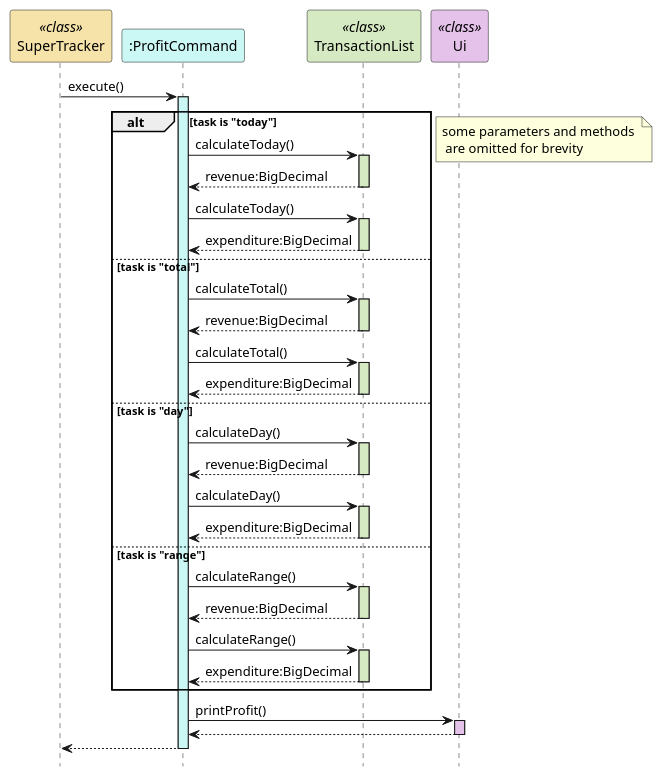
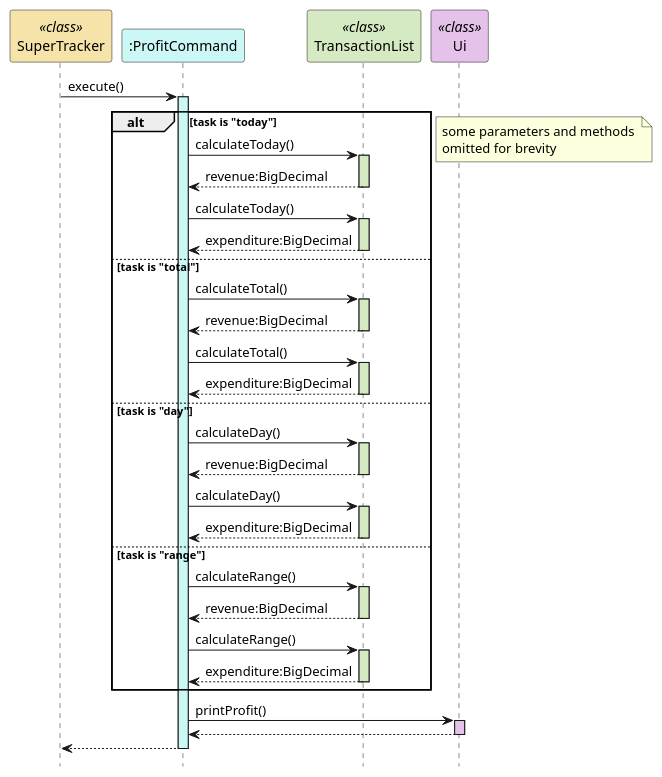
One commit to rismm/tp changed the second of 2 diagrams in docs/uml-diagrams/ProfitCommand.puml. Above: the diagram before and after it, drawn with PlantUML. The commit also changed 1 other file, not shown here.

Commit message:
Fix sequence diagram for profit command

```diff
--- a/docs/uml-diagrams/ProfitCommand.puml
+++ b/docs/uml-diagrams/ProfitCommand.puml
@@ -50,61 +50,61 @@
 @startuml
 hide footbox
 participant "SuperTracker" as SuperTracker <<class>> #f5e3a9
 participant ":ProfitCommand" as ProfitCommand #cbf7f4
 participant "TransactionList" as TransactionList <<class>> #d5eac2
 participant "Ui" as Ui <<class>> #e5c2ea
 
 SuperTracker -> ProfitCommand : execute()
 activate ProfitCommand #cbf7f4
 alt task is "today"
     ProfitCommand -> TransactionList : calculateToday()
     activate TransactionList #d5eac2
     TransactionList --> ProfitCommand : revenue:BigDecimal
     deactivate TransactionList
     ProfitCommand -> TransactionList : calculateToday()
     activate TransactionList #d5eac2
     TransactionList --> ProfitCommand : expenditure:BigDecimal
     deactivate TransactionList
 
 else task is "total"
     ProfitCommand -> TransactionList : calculateTotal()
     activate TransactionList #d5eac2
     TransactionList --> ProfitCommand : revenue:BigDecimal
     deactivate TransactionList
     ProfitCommand -> TransactionList : calculateTotal()
     activate TransactionList #d5eac2
     TransactionList --> ProfitCommand : expenditure:BigDecimal
     deactivate TransactionList
 
 else task is "day"
     ProfitCommand -> TransactionList : calculateDay()
     activate TransactionList #d5eac2
     TransactionList --> ProfitCommand : revenue:BigDecimal
     deactivate TransactionList
     ProfitCommand -> TransactionList : calculateDay()
     activate TransactionList #d5eac2
     TransactionList --> ProfitCommand : expenditure:BigDecimal
     deactivate TransactionList
 
 else task is "range"
     ProfitCommand -> TransactionList : calculateRange()
     activate TransactionList #d5eac2
     TransactionList --> ProfitCommand : revenue:BigDecimal
     deactivate TransactionList
     ProfitCommand -> TransactionList : calculateRange()
     activate TransactionList #d5eac2
     TransactionList --> ProfitCommand : expenditure:BigDecimal
     deactivate TransactionList
 end
 
-note right : some parameters and methods \n are omitted for brevity
+note right : some parameters and methods \nomitted for brevity
 
 ProfitCommand -> Ui : printProfit()
 activate Ui #e5c2ea
 Ui --> ProfitCommand
 deactivate Ui
 
 ProfitCommand --> SuperTracker
 deactivate ProfitCommand
 
 @enduml
```
